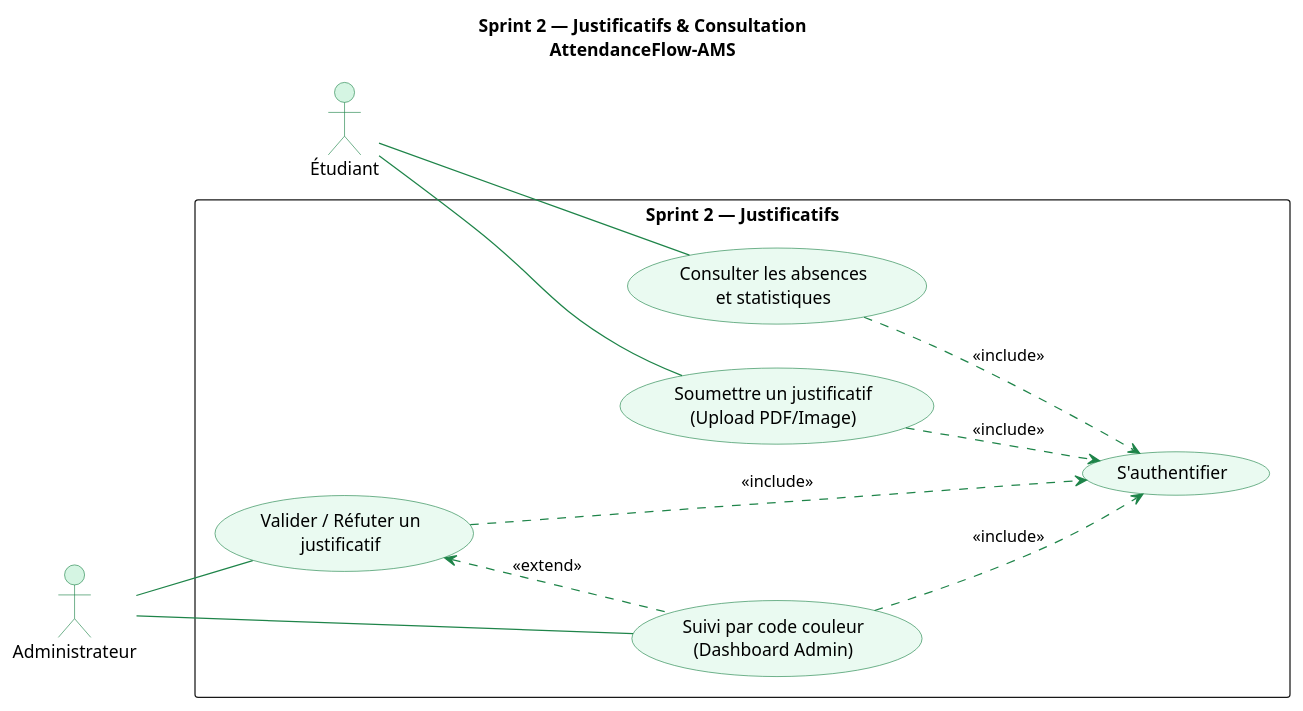
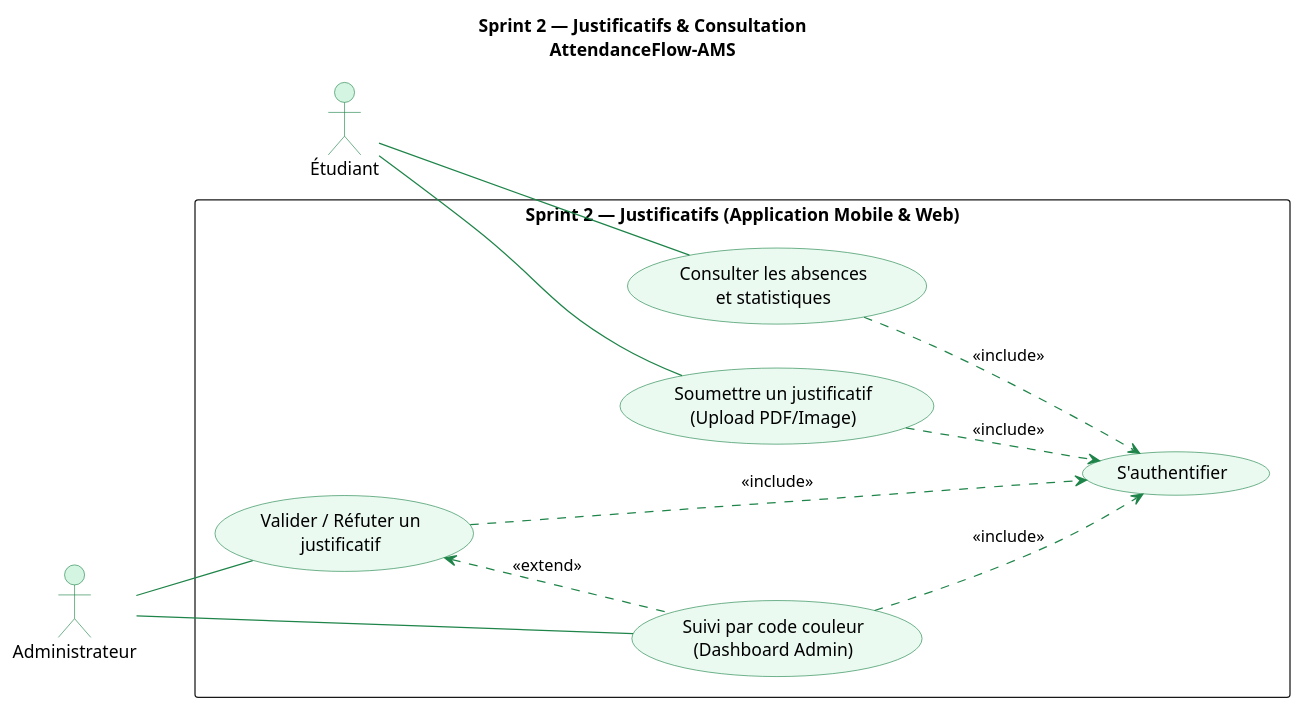
One commit to abdelhaymallouli/AttendanceFlow-AMS changed the diagram in Analyse/cas_utilisation/cas_utilisation_sprints/sprint2.puml. Above: the diagram before and after it, drawn with PlantUML. The commit also changed 7 other files, not shown here.

```diff
--- a/Analyse/cas_utilisation/cas_utilisation_sprints/sprint2.puml
+++ b/Analyse/cas_utilisation/cas_utilisation_sprints/sprint2.puml
@@ -1,40 +1,40 @@
 @startuml sprint2
 title Sprint 2 — Justificatifs & Consultation\nAttendanceFlow-AMS
 
 left to right direction
 
 skinparam usecase {
   BackgroundColor #EAFAF1
   BorderColor #1E8449
   ArrowColor #1E8449
 }
 skinparam actor {
   BorderColor #1E8449
   BackgroundColor #D5F5E3
 }
 
 actor "Étudiant" as Student
 actor "Administrateur" as Admin
 
-rectangle "Sprint 2 — Justificatifs" {
+rectangle "Sprint 2 — Justificatifs (Application Mobile & Web)" {
   usecase "S'authentifier" as UC01
   usecase "Soumettre un justificatif\n(Upload PDF/Image)" as UC04
   usecase "Consulter les absences\net statistiques" as UC05
   usecase "Valider / Réfuter un\njustificatif" as UC06
   usecase "Suivi par code couleur\n(Dashboard Admin)" as UC07
 
   UC04 ..> UC01 : <<include>>
   UC05 ..> UC01 : <<include>>
   UC06 ..> UC01 : <<include>>
   UC07 ..> UC01 : <<include>>
   
   UC06 <.. UC07 : <<extend>>
 }
 
 Student -- UC04
 Student -- UC05
 
 Admin -- UC06
 Admin -- UC07
 
 @enduml
```
